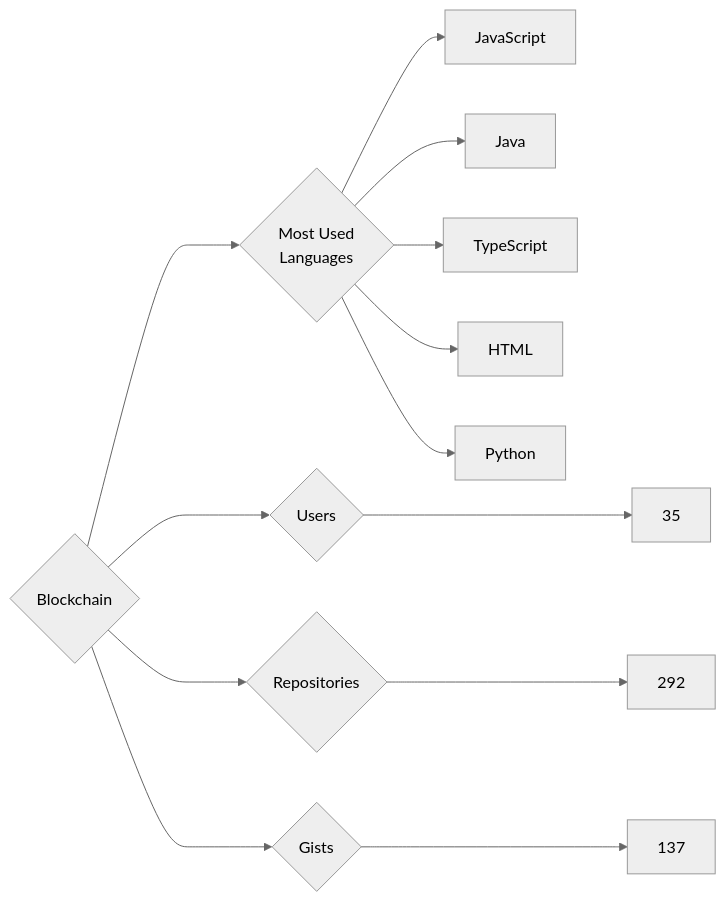
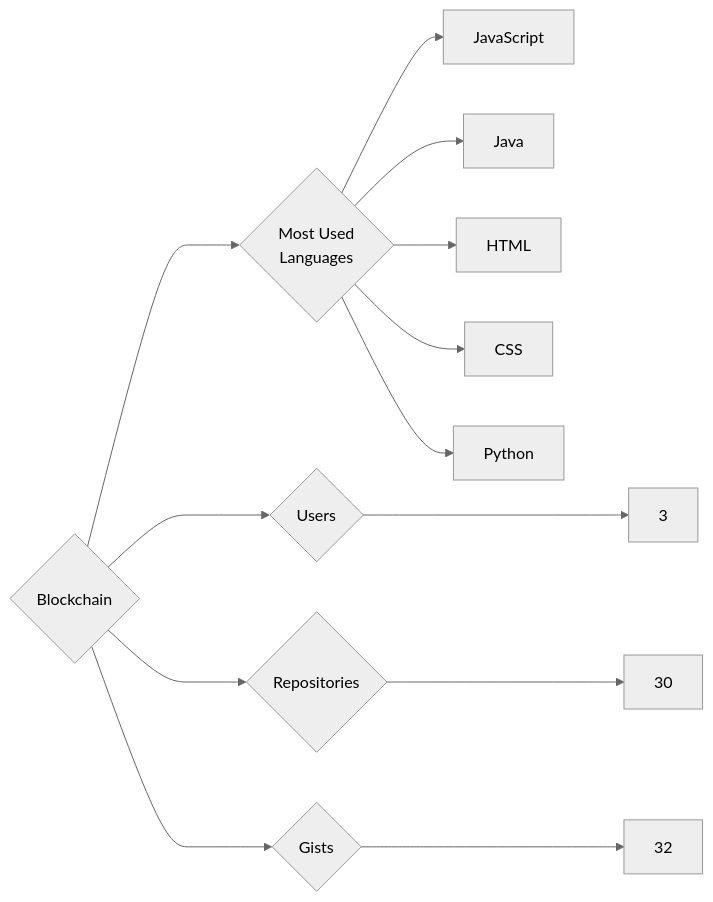
One commit to trickest/insiders changed the diagram in targets/Blockchain/README.md. Above: the diagram before and after it, drawn with Mermaid (neutral theme). The commit also changed 914 other files, not shown here.

````diff
--- a/targets/Blockchain/README.md
+++ b/targets/Blockchain/README.md
@@ -3,13 +3,13 @@
 ```mermaid
 graph LR
 COMPANY_NAME{Blockchain}
-COMPANY_NAME ---> U{Users} ---> UN[35]
-COMPANY_NAME ---> R{Repositories} ---> RN[292]
-COMPANY_NAME ---> G{Gists} ---> GN[137]
+COMPANY_NAME ---> U{Users} ---> UN[3]
+COMPANY_NAME ---> R{Repositories} ---> RN[30]
+COMPANY_NAME ---> G{Gists} ---> GN[32]
 COMPANY_NAME ---> ML{Most Used<br>Languages}
 ML --> JavaScript[JavaScript]
 ML --> Java[Java]
-ML --> TypeScript[TypeScript]
 ML --> HTML[HTML]
+ML --> CSS[CSS]
 ML --> Python[Python]
 ```
````
